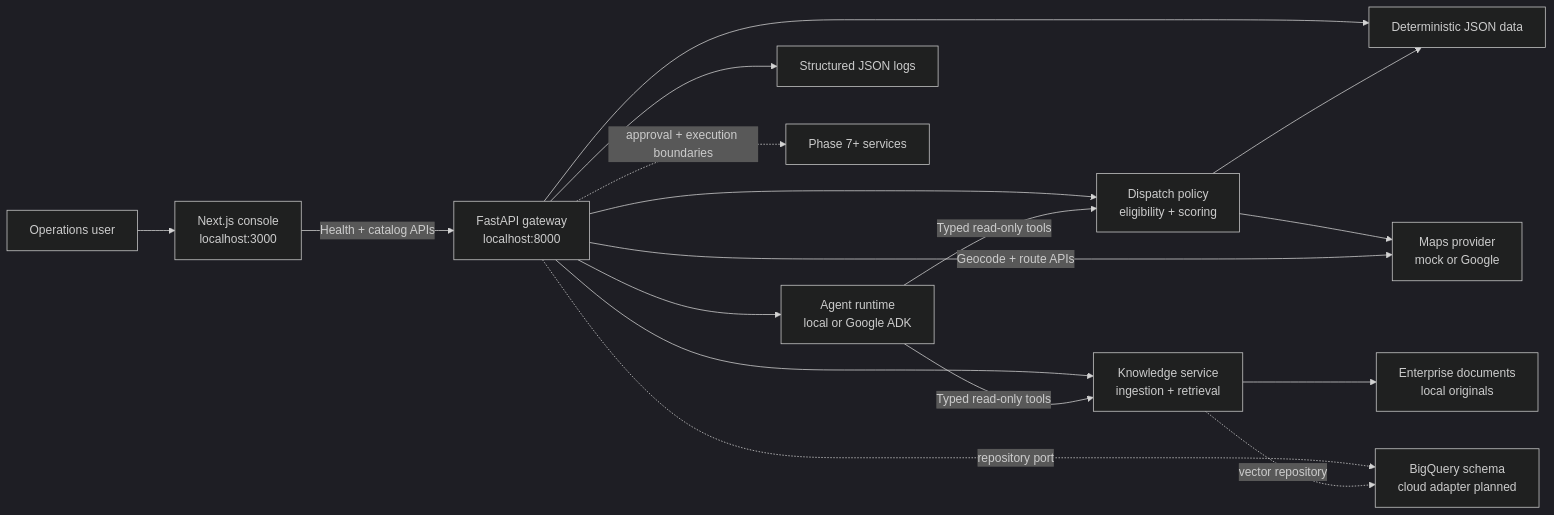
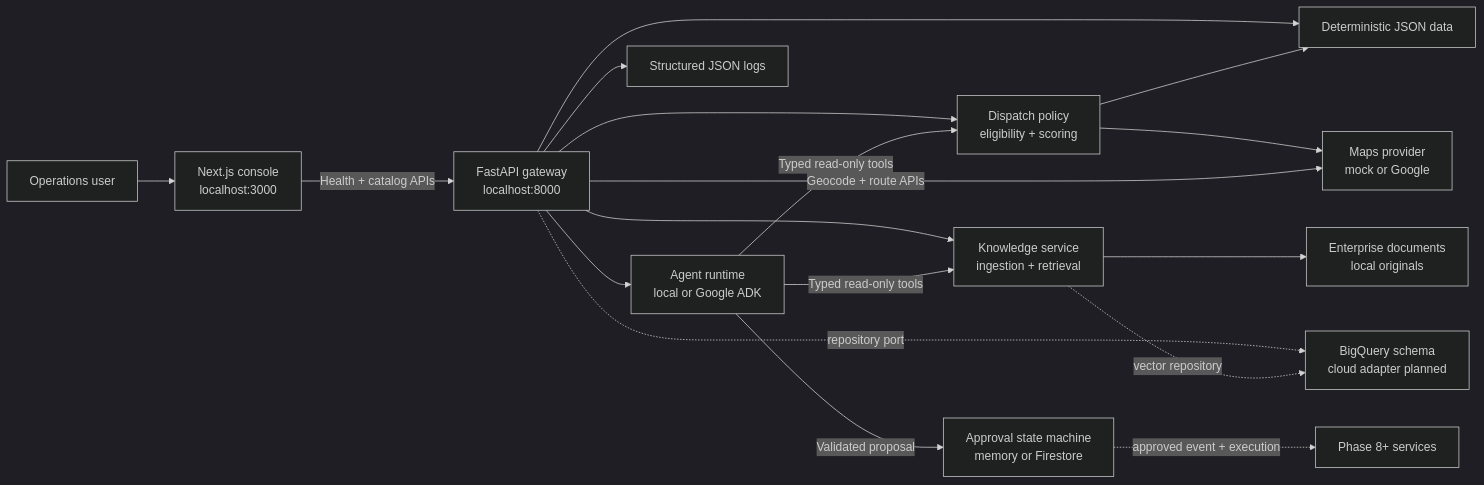
Before and after one commit to cr7yash/geoops-ai: the diagram in README.md, drawn with Mermaid (dark theme). The commit also changed other lines of this file and 40 other files, not shown here.

First line of the commit message:
feat(approvals): add Phase 7 human review workflow

````diff
--- a/README.md
+++ b/README.md
@@ -36,34 +39,36 @@
 ```mermaid
 flowchart LR
     USER[Operations user]
     WEB[Next.js console<br/>localhost:3000]
     API[FastAPI gateway<br/>localhost:8000]
     DISPATCH[Dispatch policy<br/>eligibility + scoring]
     MAPS[Maps provider<br/>mock or Google]
     KNOWLEDGE[Knowledge service<br/>ingestion + retrieval]
     AGENT[Agent runtime<br/>local or Google ADK]
+    APPROVALS[Approval state machine<br/>memory or Firestore]
     DOCS[Enterprise documents<br/>local originals]
     LOCAL[Deterministic JSON data]
     LOGS[Structured JSON logs]
     BQ[BigQuery schema<br/>cloud adapter planned]
 
     USER --> WEB
     WEB -->|Health + catalog APIs| API
     API --> LOCAL
     API --> DISPATCH
     DISPATCH --> LOCAL
     DISPATCH --> MAPS
     API -->|Geocode + route APIs| MAPS
     API --> KNOWLEDGE
     API --> AGENT
     AGENT -->|Typed read-only tools| DISPATCH
     AGENT -->|Typed read-only tools| KNOWLEDGE
+    AGENT -->|Validated proposal| APPROVALS
     KNOWLEDGE --> DOCS
     API --> LOGS
     API -. repository port .-> BQ
 
     KNOWLEDGE -. vector repository .-> BQ
 
-    FUTURE[Phase 7+ services]
-    API -. approval + execution boundaries .-> FUTURE
+    FUTURE[Phase 8+ services]
+    APPROVALS -. approved event + execution .-> FUTURE
 ```
````
